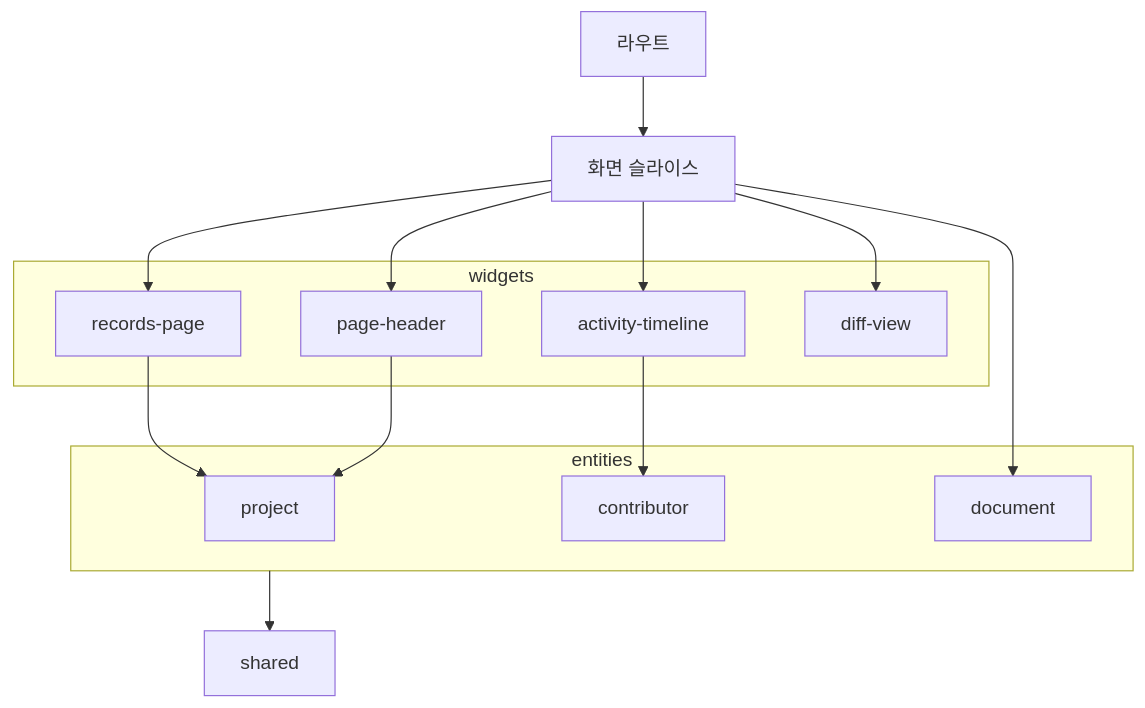
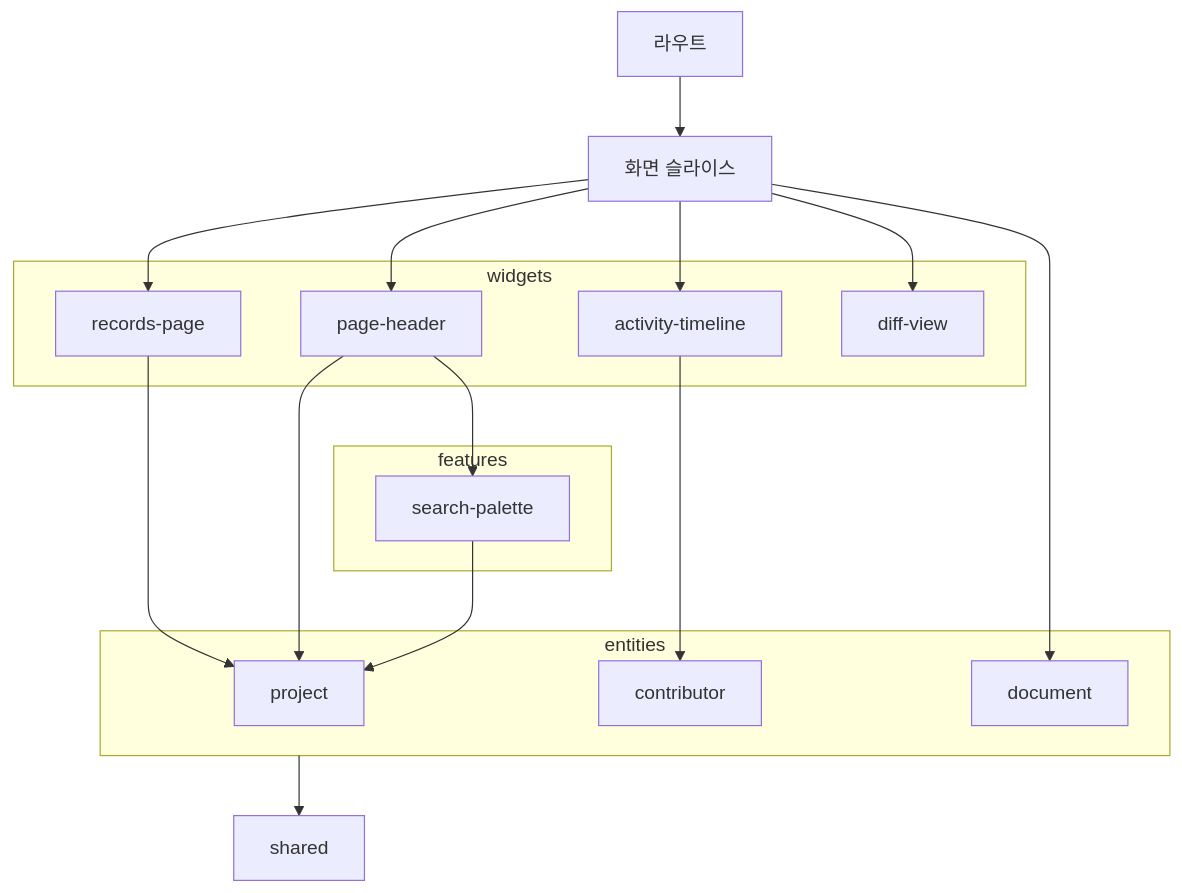
The first of 2 diagrams in .gitifact/wiki/rules/browser.md (dev-goraebap/gitifact), drawn with Mermaid before and after one commit. The commit also changed other lines of this file and 8 other files, not shown here.

First line of the commit message:
refactor(browser): move the search palette to the features layer

````diff
--- a/.gitifact/wiki/rules/browser.md
+++ b/.gitifact/wiki/rules/browser.md
@@ -29,20 +29,24 @@
 ```mermaid
 flowchart TD
   R["라우트"] --> P["화면 슬라이스"]
   subgraph W["widgets"]
     RP["records-page"]
     PH["page-header"]
     AT["activity-timeline"]
     DV["diff-view"]
   end
   P --> RP & PH & AT & DV
+  subgraph F["features"]
+    SP["search-palette"]
+  end
+  PH --> SP
   subgraph E["entities"]
     EP["project"]
     EC["contributor"]
     ED["document"]
   end
-  RP & PH --> EP
+  RP & PH & SP --> EP
   AT --> EC
   P --> ED
   E --> S["shared"]
 ```
````
